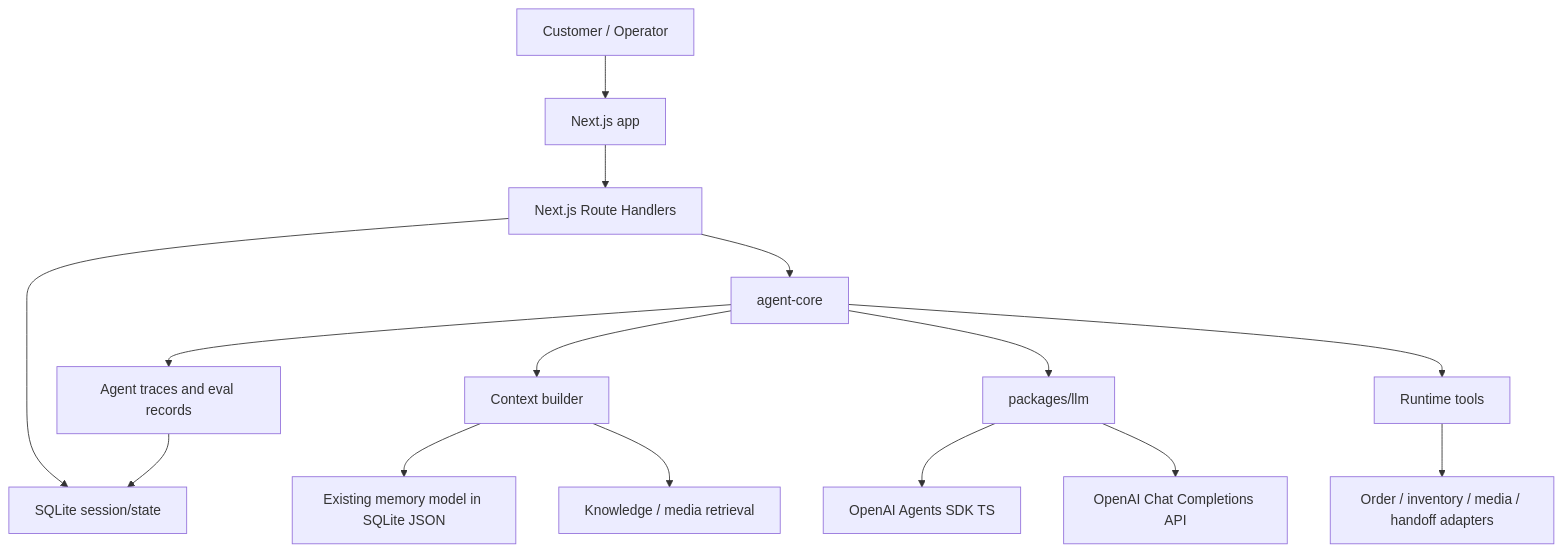
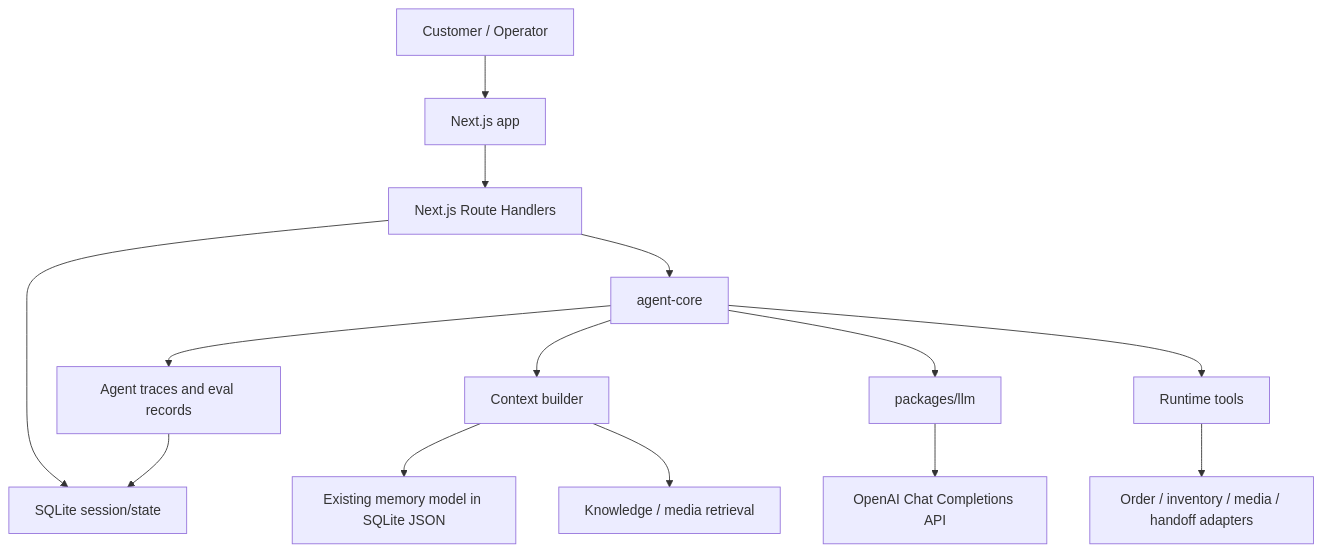
The diagram in docs/tech-stack-decisions.md (ImWenyaoT/chatty), drawn with Mermaid before and after one commit. The commit also changed other lines of this file and 3 other files, not shown here.

````diff
--- a/docs/tech-stack-decisions.md
+++ b/docs/tech-stack-decisions.md
@@ -224,17 +226,16 @@
 ```mermaid
 flowchart TD
   U["Customer / Operator"] --> W["Next.js app"]
   W --> API["Next.js Route Handlers"]
   API --> S["SQLite session/state"]
   API --> AC["agent-core"]
   AC --> CTX["Context builder"]
   CTX --> MEM["Existing memory model in SQLite JSON"]
   CTX --> RAG["Knowledge / media retrieval"]
   AC --> LLM["packages/llm"]
-  LLM --> SDK["OpenAI Agents SDK TS"]
   LLM --> CC["OpenAI Chat Completions API"]
   AC --> TOOLS["Runtime tools"]
   TOOLS --> ORD["Order / inventory / media / handoff adapters"]
   AC --> TRACE["Agent traces and eval records"]
   TRACE --> S
 ```
````
